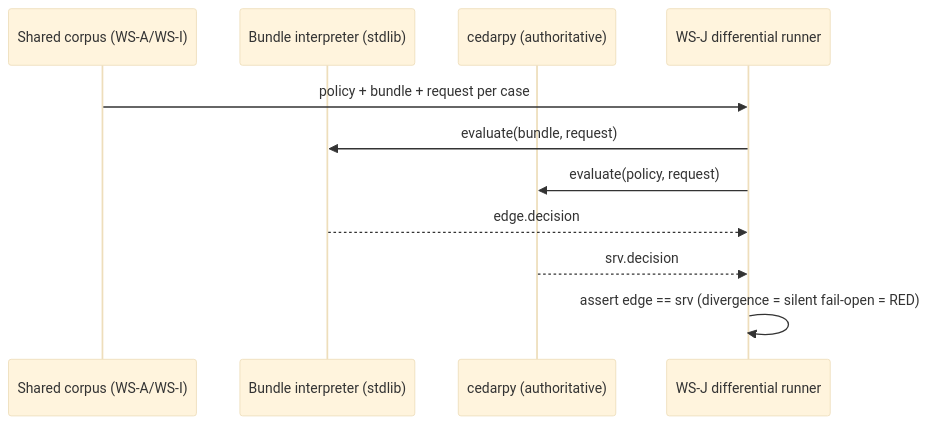
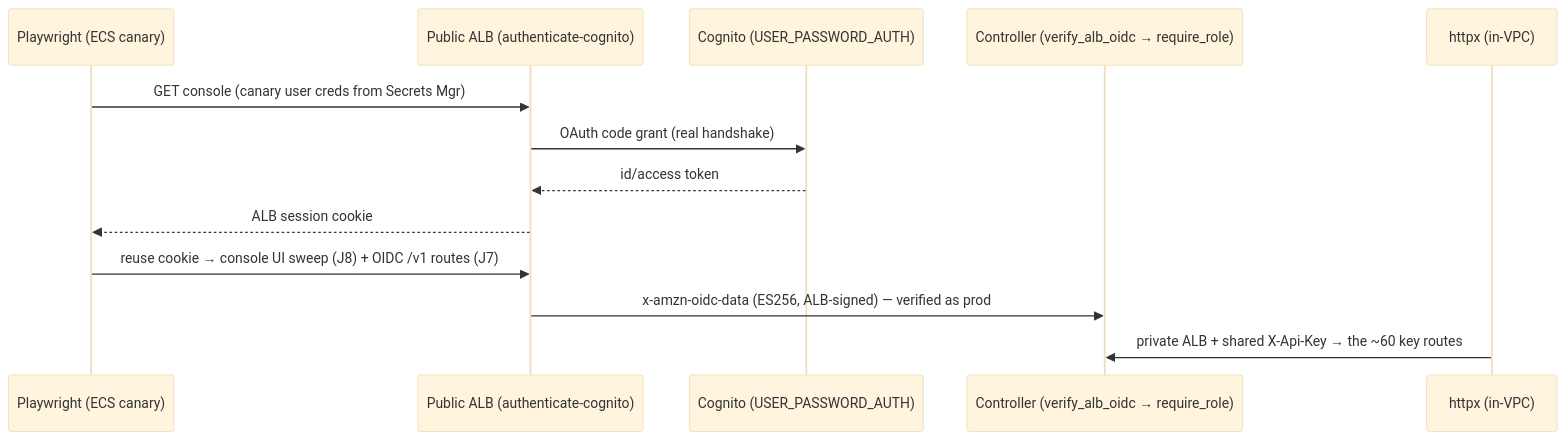
The second of 2 diagrams in tasks/serverless-edition/ws-j-canary-tests.md (shashank31mar/Sentra), drawn with Mermaid (base theme) before and after one commit. The commit also changed other lines of this file, not shown here.

Commit message:
ws-J: reshape scope — dual ECS-hourly + PR-gate canary, exhaustive API + console coverage, Cognito test-user auth, CW+DDB+SNS reporting (founder direction 2026-07-05)

````diff
--- a/tasks/serverless-edition/ws-j-canary-tests.md
+++ b/tasks/serverless-edition/ws-j-canary-tests.md
@@ -97,13 +216,15 @@
 ```mermaid
 sequenceDiagram
-    participant C as Shared corpus (WS-A/WS-I)
-    participant I as Bundle interpreter (stdlib)
-    participant K as cedarpy (authoritative)
-    participant T as WS-J differential runner
-    C->>T: policy + bundle + request per case
-    T->>I: evaluate(bundle, request)
-    T->>K: evaluate(policy, request)
-    I-->>T: edge.decision
-    K-->>T: srv.decision
-    T->>T: assert edge == srv  (divergence = silent fail-open = RED)
+  participant PW as Playwright (ECS canary)
+  participant ALB as Public ALB (authenticate-cognito)
+  participant COG as Cognito (USER_PASSWORD_AUTH)
+  participant CTRL as Controller (verify_alb_oidc → require_role)
+  participant KEY as httpx (in-VPC)
+  PW->>ALB: GET console (canary user creds from Secrets Mgr)
+  ALB->>COG: OAuth code grant (real handshake)
+  COG-->>ALB: id/access token
+  ALB-->>PW: ALB session cookie
+  PW->>ALB: reuse cookie → console UI sweep (J8) + OIDC /v1 routes (J7)
+  ALB->>CTRL: x-amzn-oidc-data (ES256, ALB-signed) — verified as prod
+  KEY->>CTRL: private ALB + shared X-Api-Key → the ~60 key routes
 ```
````
